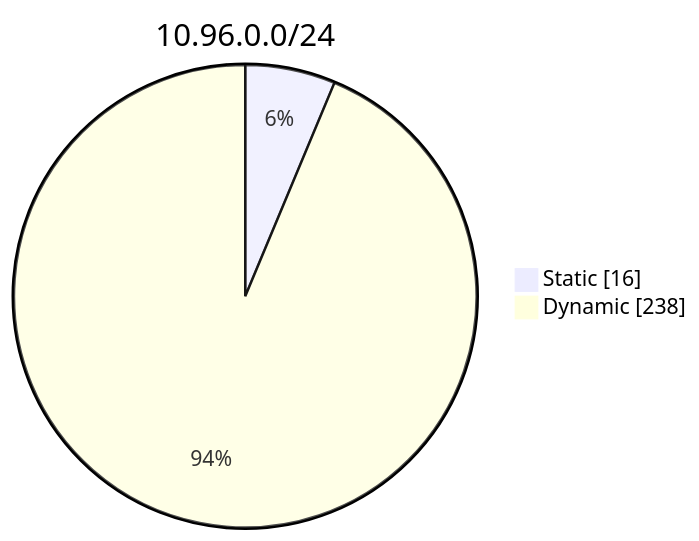
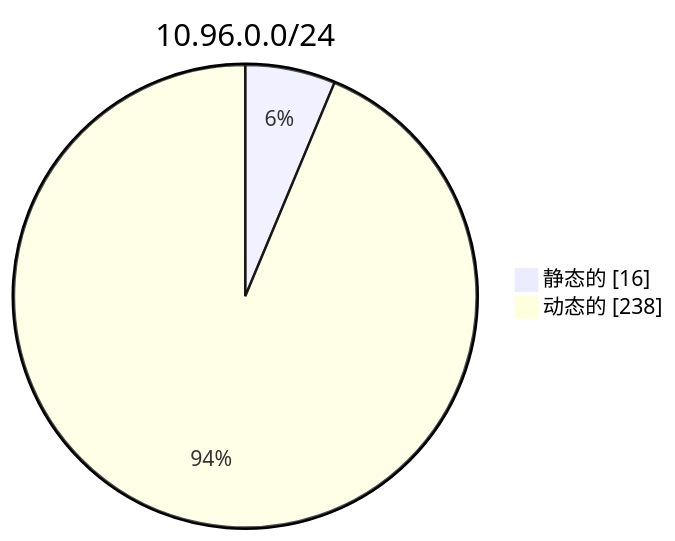
One commit to kubernetes/website changed the first of 3 diagrams in content/zh-cn/docs/concepts/services-networking/cluster-ip-allocation.md. Above: the diagram before and after it, drawn with Mermaid. The commit also changed other lines of this file, not shown here.

```diff
--- a/content/zh-cn/docs/concepts/services-networking/cluster-ip-allocation.md
+++ b/content/zh-cn/docs/concepts/services-networking/cluster-ip-allocation.md
@@ -147,6 +160,6 @@
 {{< mermaid >}}
 pie showData
     title 10.96.0.0/24
-    "Static" : 16
-    "Dynamic" : 238
+    "静态的" : 16
+    "动态的" : 238
 {{< /mermaid >}}
```
